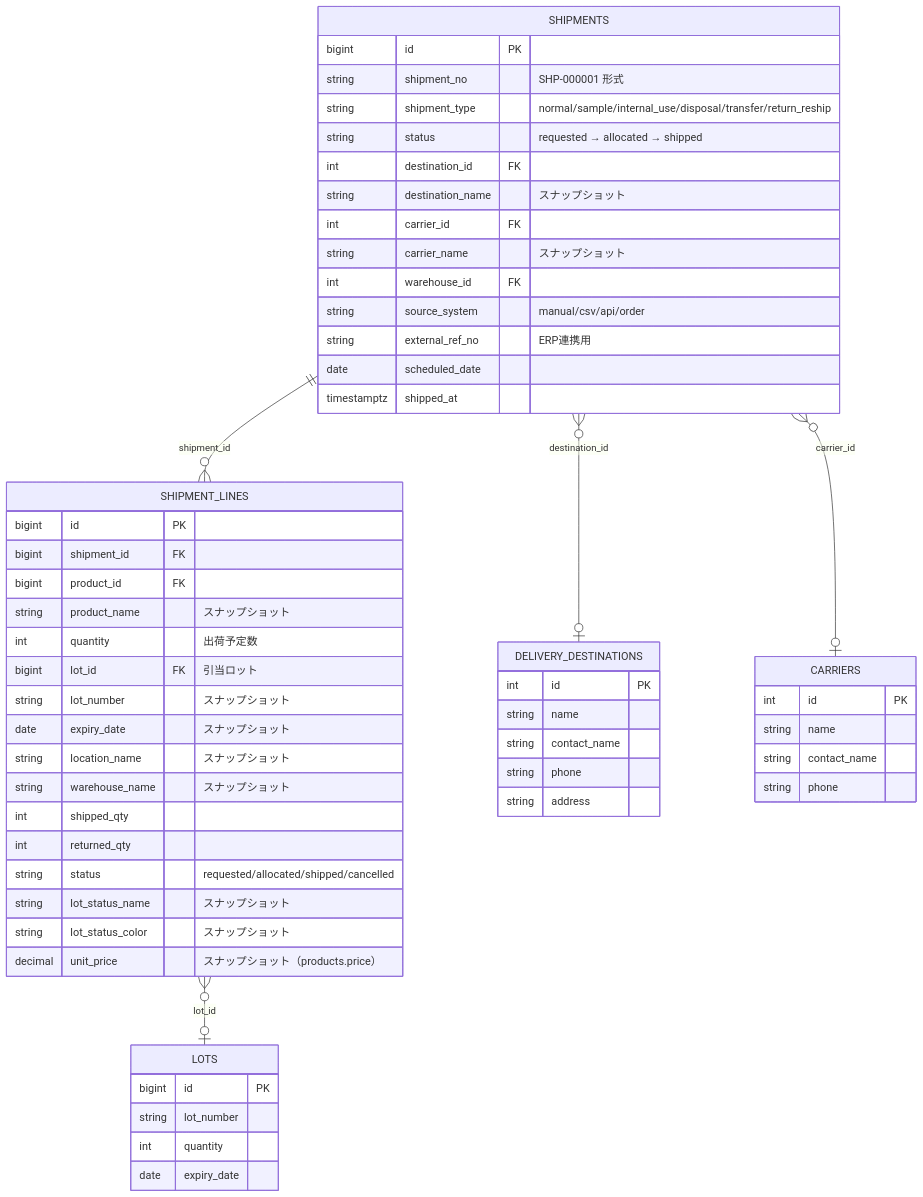
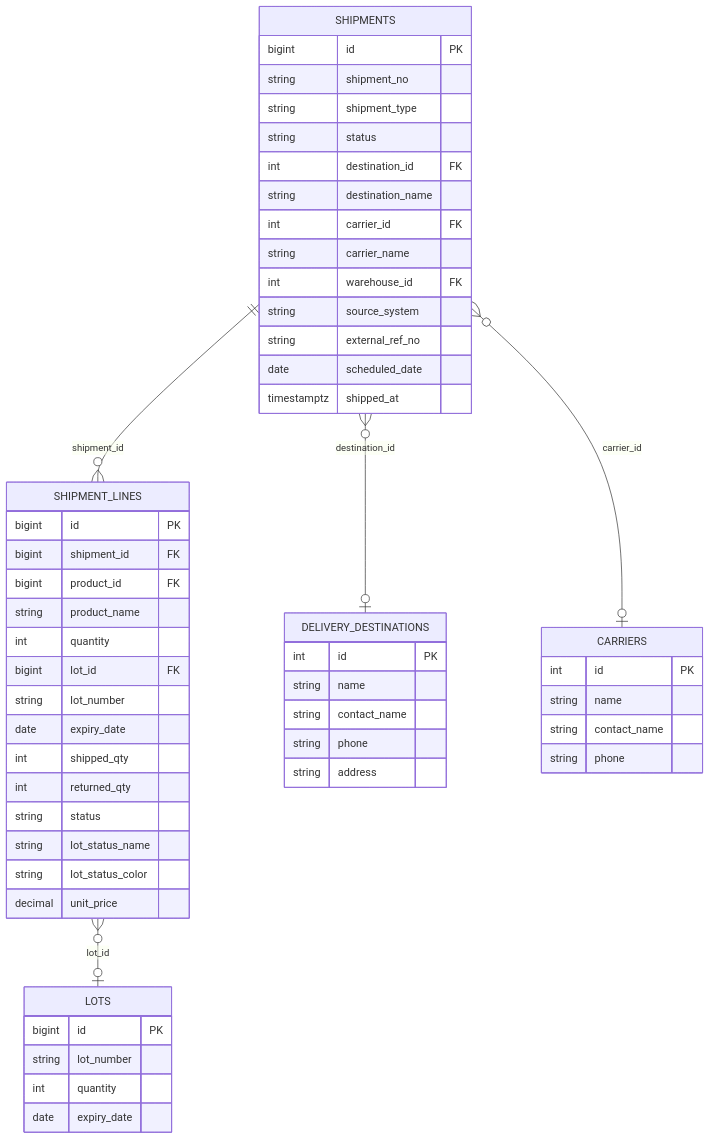
The fourth of 5 diagrams in docs/er-diagram.md (naoki3/order-assist), drawn with Mermaid before and after one commit. The commit also changed other lines of this file, not shown here.

First line of the commit message:
docs: fix all Mermaid erDiagram parse errors

````diff
--- a/docs/er-diagram.md
+++ b/docs/er-diagram.md
@@ -466,65 +441,63 @@
 ```mermaid
 erDiagram
 
     SHIPMENTS {
         bigint id PK
-        string shipment_no "SHP-000001 形式"
-        string shipment_type "normal/sample/internal_use/disposal/transfer/return_reship"
-        string status "requested → allocated → shipped"
+        string shipment_no
+        string shipment_type
+        string status
         int destination_id FK
-        string destination_name "スナップショット"
+        string destination_name
         int carrier_id FK
-        string carrier_name "スナップショット"
+        string carrier_name
         int warehouse_id FK
-        string source_system "manual/csv/api/order"
-        string external_ref_no "ERP連携用"
+        string source_system
+        string external_ref_no
         date scheduled_date
         timestamptz shipped_at
     }
 
     SHIPMENT_LINES {
         bigint id PK
         bigint shipment_id FK
         bigint product_id FK
-        string product_name "スナップショット"
-        int quantity "出荷予定数"
-        bigint lot_id FK "引当ロット"
-        string lot_number "スナップショット"
-        date expiry_date "スナップショット"
-        string location_name "スナップショット"
-        string warehouse_name "スナップショット"
+        string product_name
+        int quantity
+        bigint lot_id FK
+        string lot_number
+        date expiry_date
         int shipped_qty
         int returned_qty
-        string status "requested/allocated/shipped/cancelled"
-        string lot_status_name "スナップショット"
-        string lot_status_color "スナップショット"
-        decimal unit_price "スナップショット（products.price）"
+        string status
+        string lot_status_name
+        string lot_status_color
+        decimal unit_price
     }
 
     DELIVERY_DESTINATIONS {
         int id PK
         string name
         string contact_name
         string phone
         string address
     }
 
     CARRIERS {
         int id PK
         string name
         string contact_name
         string phone
     }
 
     LOTS {
         bigint id PK
         string lot_number
         int quantity
         date expiry_date
     }
 
     SHIPMENTS }o--o| DELIVERY_DESTINATIONS : "destination_id"
     SHIPMENTS }o--o| CARRIERS : "carrier_id"
     SHIPMENTS ||--o{ SHIPMENT_LINES : "shipment_id"
     SHIPMENT_LINES }o--o| LOTS : "lot_id"
 ```
````
